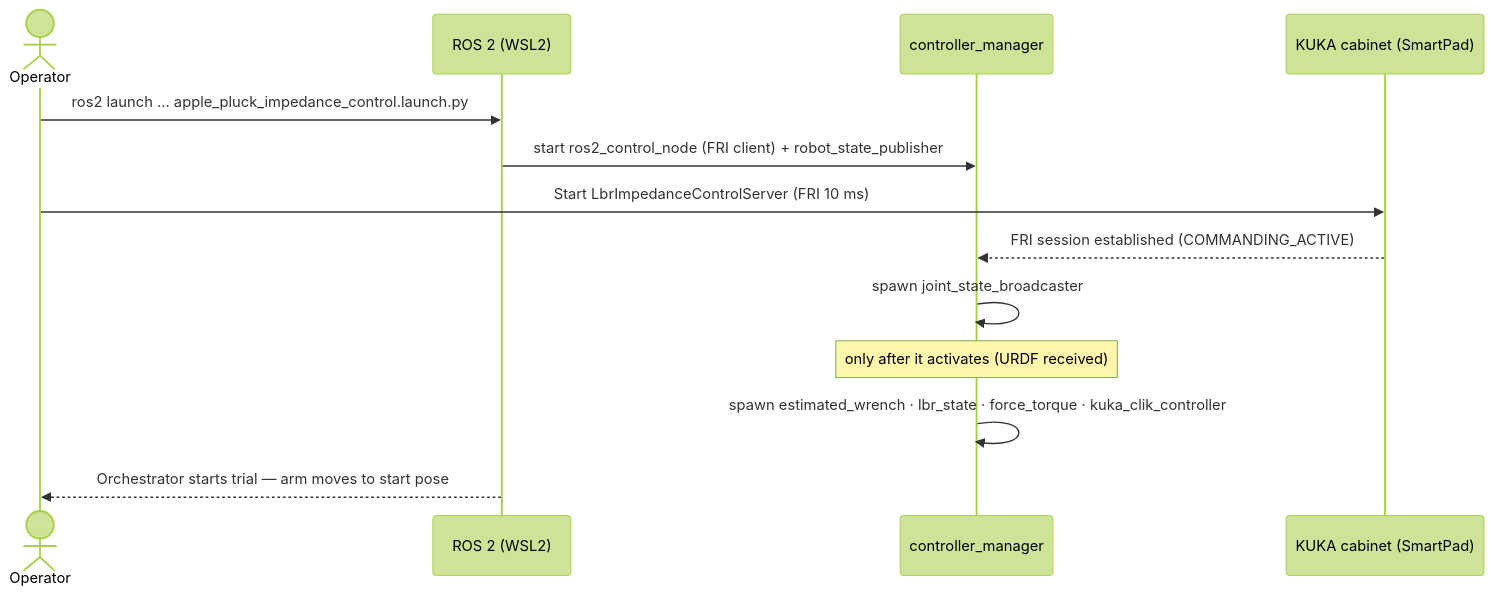
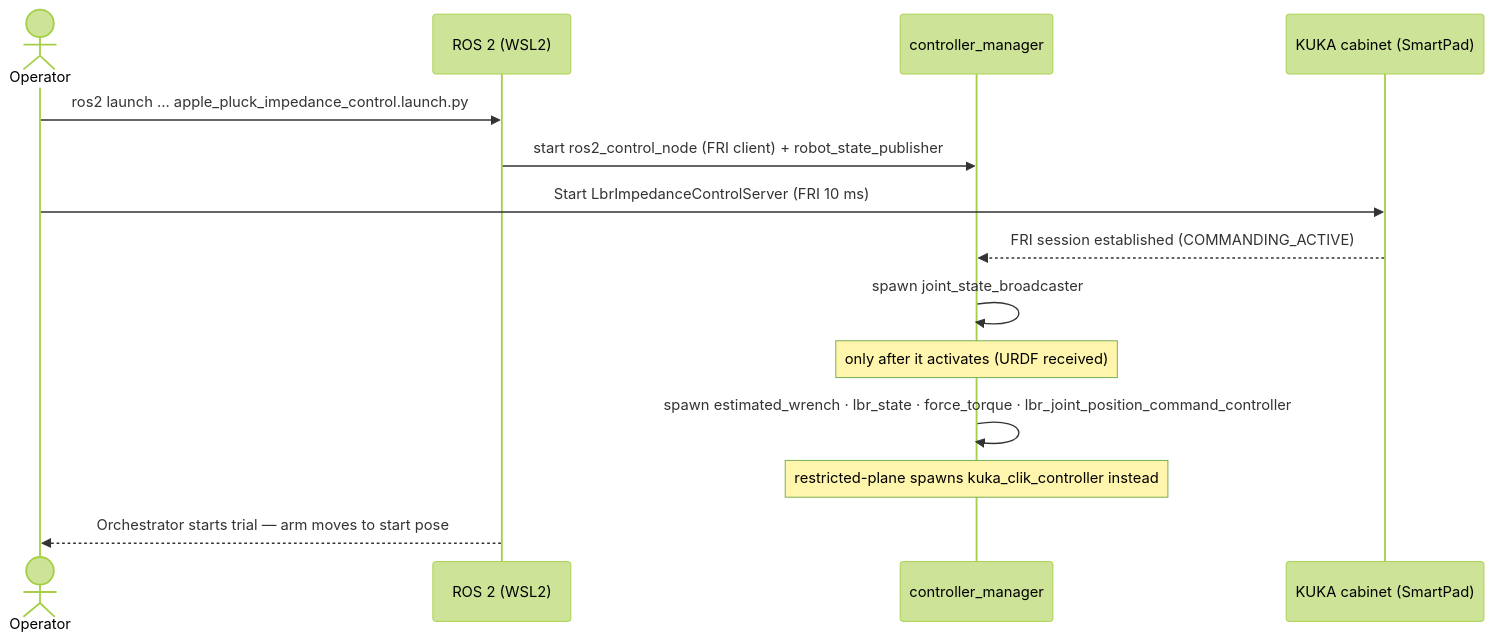
The second of 5 diagrams in README.md (sinthlab/sinthlab-kuka-stack), drawn with Mermaid (forest theme) before and after one commit. The commit also changed other lines of this file and 9 other files, not shown here.

Commit message:
separating clik controller from joint space controller for apply pluck experiments

````diff
--- a/README.md
+++ b/README.md
@@ -316,16 +324,17 @@
 ```mermaid
 sequenceDiagram
     actor Op as Operator
     participant ROS as ROS 2 (WSL2)
     participant CM as controller_manager
     participant CAB as KUKA cabinet (SmartPad)
 
     Op->>ROS: ros2 launch ... apple_pluck_impedance_control.launch.py
     ROS->>CM: start ros2_control_node (FRI client) + robot_state_publisher
     Op->>CAB: Start LbrImpedanceControlServer (FRI 10 ms)
     CAB-->>CM: FRI session established (COMMANDING_ACTIVE)
     CM->>CM: spawn joint_state_broadcaster
     Note over CM: only after it activates (URDF received)
-    CM->>CM: spawn estimated_wrench · lbr_state · force_torque · kuka_clik_controller
+    CM->>CM: spawn estimated_wrench · lbr_state · force_torque · lbr_joint_position_command_controller
+    Note over CM: restricted-plane spawns kuka_clik_controller instead
     ROS-->>Op: Orchestrator starts trial — arm moves to start pose
 ```
````
